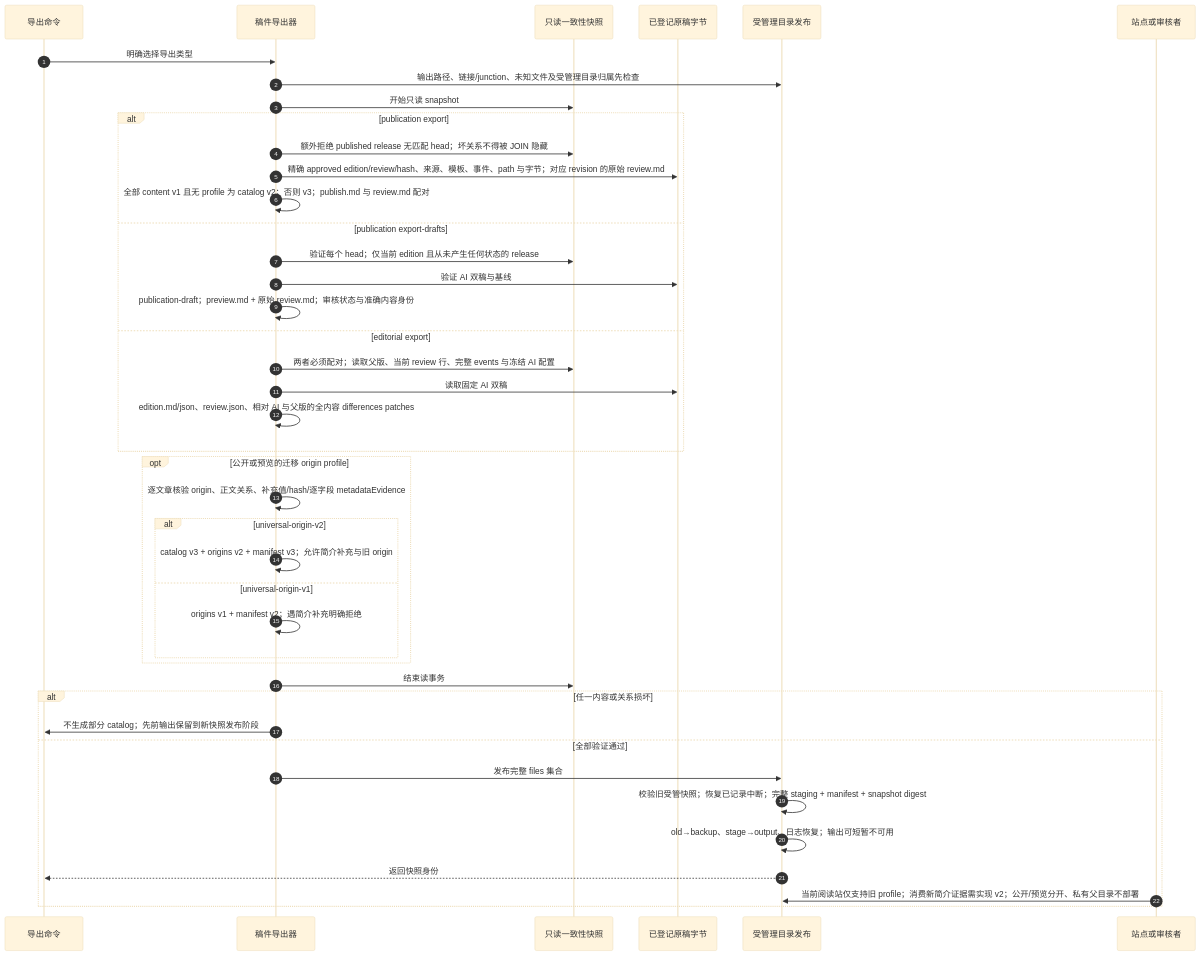
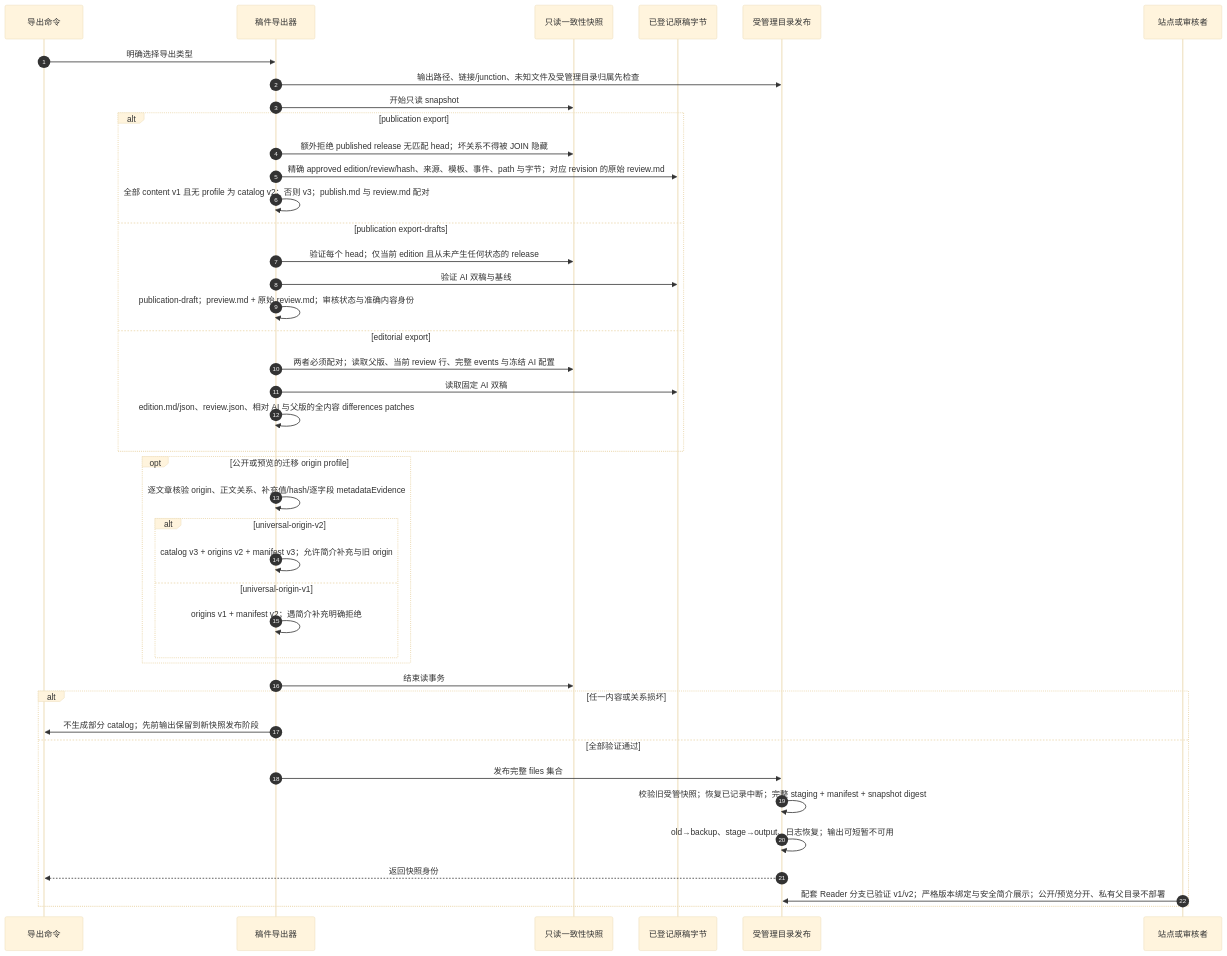
One commit to SuperCatQR/bilibili-asr-archive changed the diagram in docs/12-reader-private-export.md. Above: the diagram before and after it, drawn with Mermaid (base theme). The commit also changed other lines of this file and 119 other files, not shown here.

First line of the commit message:
docs: pin reliability fixes and refresh architecture evidence

````diff
--- a/docs/12-reader-private-export.md
+++ b/docs/12-reader-private-export.md
@@ -9,44 +9,44 @@
 ```mermaid
 sequenceDiagram
     autonumber
     participant cli as 导出命令
     participant exporter as 稿件导出器
     participant db as 只读一致性快照
     participant artifacts as 已登记原稿字节
     participant snapshot as 受管理目录发布
     participant consumer as 站点或审核者
     cli->>exporter: 明确选择导出类型
     exporter->>snapshot: 输出路径、链接/junction、未知文件及受管理目录归属先检查
     exporter->>db: 开始只读 snapshot
     alt publication export
     exporter->>db: 额外拒绝 published release 无匹配 head；坏关系不得被 JOIN 隐藏
     exporter->>artifacts: 精确 approved edition/review/hash、来源、模板、事件、path 与字节；对应 revision 的原始 review.md
     exporter->>exporter: 全部 content v1 且无 profile 为 catalog v2；否则 v3；publish.md 与 review.md 配对
     else publication export-drafts
     exporter->>db: 验证每个 head；仅当前 edition 且从未产生任何状态的 release
     exporter->>artifacts: 验证 AI 双稿与基线
     exporter->>exporter: publication-draft；preview.md + 原始 review.md；审核状态与准确内容身份
     else editorial export
     exporter->>db: 两者必须配对；读取父版、当前 review 行、完整 events 与冻结 AI 配置
     exporter->>artifacts: 读取固定 AI 双稿
     exporter->>exporter: edition.md/json、review.json、相对 AI 与父版的全内容 differences patches
     end
     opt 公开或预览的迁移 origin profile
     exporter->>exporter: 逐文章核验 origin、正文关系、补充值/hash/逐字段 metadataEvidence
     alt universal-origin-v2
     exporter->>exporter: catalog v3 + origins v2 + manifest v3；允许简介补充与旧 origin
     else universal-origin-v1
     exporter->>exporter: origins v1 + manifest v2；遇简介补充明确拒绝
     end
     end
     exporter->>db: 结束读事务
     alt 任一内容或关系损坏
     exporter->>cli: 不生成部分 catalog；先前输出保留到新快照发布阶段
     else 全部验证通过
     exporter->>snapshot: 发布完整 files 集合
     snapshot->>snapshot: 校验旧受管快照；恢复已记录中断；完整 staging + manifest + snapshot digest
     snapshot->>snapshot: old→backup、stage→output、日志恢复；输出可短暂不可用
     snapshot-->>cli: 返回快照身份
-    consumer->>snapshot: 当前阅读站仅支持旧 profile；消费新简介证据需实现 v2；公开/预览分开、私有父目录不部署
+    consumer->>snapshot: 配套 Reader 分支已验证 v1/v2；严格版本绑定与安全简介展示；公开/预览分开、私有父目录不部署
     end
 ```
````
